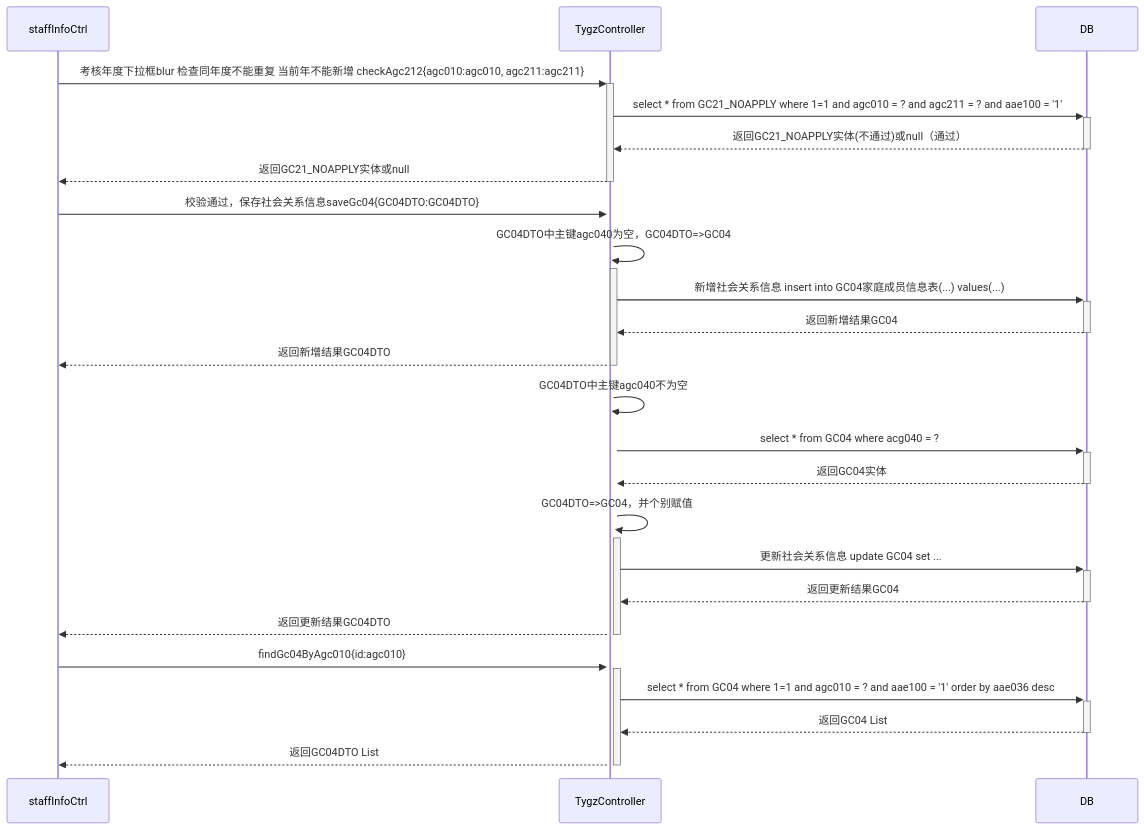
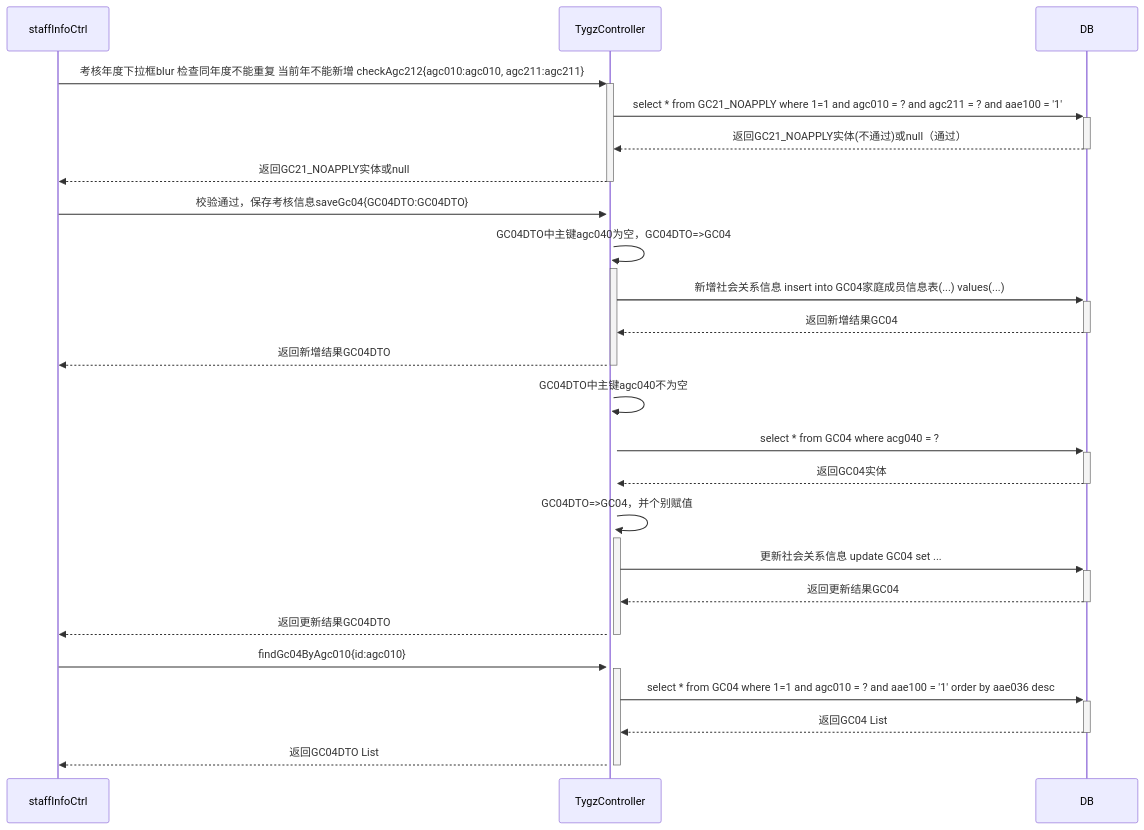
One commit to ZhangJianBeiJing/iodraw-files changed the diagram in all/人员考核信息新增按钮的调用业务流程.md. Above: the diagram before and after it, drawn with Mermaid.

Commit message:
2025-03-25 18:08:19 update

````diff
--- a/all/人员考核信息新增按钮的调用业务流程.md
+++ b/all/人员考核信息新增按钮的调用业务流程.md
@@ -1,25 +1,25 @@
 ```mermaid
 sequenceDiagram
     staffInfoCtrl->>+TygzController:考核年度下拉框blur 检查同年度不能重复 当前年不能新增 checkAgc212{agc010:agc010, agc211:agc211}
     TygzController->>+DB:select * from GC21_NOAPPLY where 1=1 and agc010 = ? and agc211 = ? and aae100 = '1'
     DB-->>-TygzController:返回GC21_NOAPPLY实体(不通过)或null（通过）
     TygzController-->>-staffInfoCtrl:返回GC21_NOAPPLY实体或null
 
-    staffInfoCtrl->>+TygzController:校验通过，保存社会关系信息saveGc04{GC04DTO:GC04DTO}
+    staffInfoCtrl->>+TygzController:校验通过，保存考核信息saveGc04{GC04DTO:GC04DTO}
     TygzController->>+TygzController:GC04DTO中主键agc040为空，GC04DTO=>GC04
     TygzController->>+DB:新增社会关系信息 insert into GC04家庭成员信息表(...) values(...)
     DB-->>-TygzController:返回新增结果GC04
     TygzController-->>-staffInfoCtrl:返回新增结果GC04DTO
     TygzController->>+TygzController:GC04DTO中主键agc040不为空
     TygzController->>+DB:select * from GC04 where acg040 = ?
     DB-->>-TygzController:返回GC04实体
     TygzController->>+TygzController:GC04DTO=>GC04，并个别赋值
     TygzController->>+DB:更新社会关系信息 update GC04 set ...
     DB-->>-TygzController:返回更新结果GC04
     TygzController-->>-staffInfoCtrl:返回更新结果GC04DTO
 
     staffInfoCtrl->>+TygzController:findGc04ByAgc010{id:agc010}
     TygzController->>+DB:select * from GC04 where 1=1 and agc010 = ? and aae100 = '1' order by aae036 desc
     DB-->>-TygzController:返回GC04 List
     TygzController-->>-staffInfoCtrl:返回GC04DTO List
 ```
````
